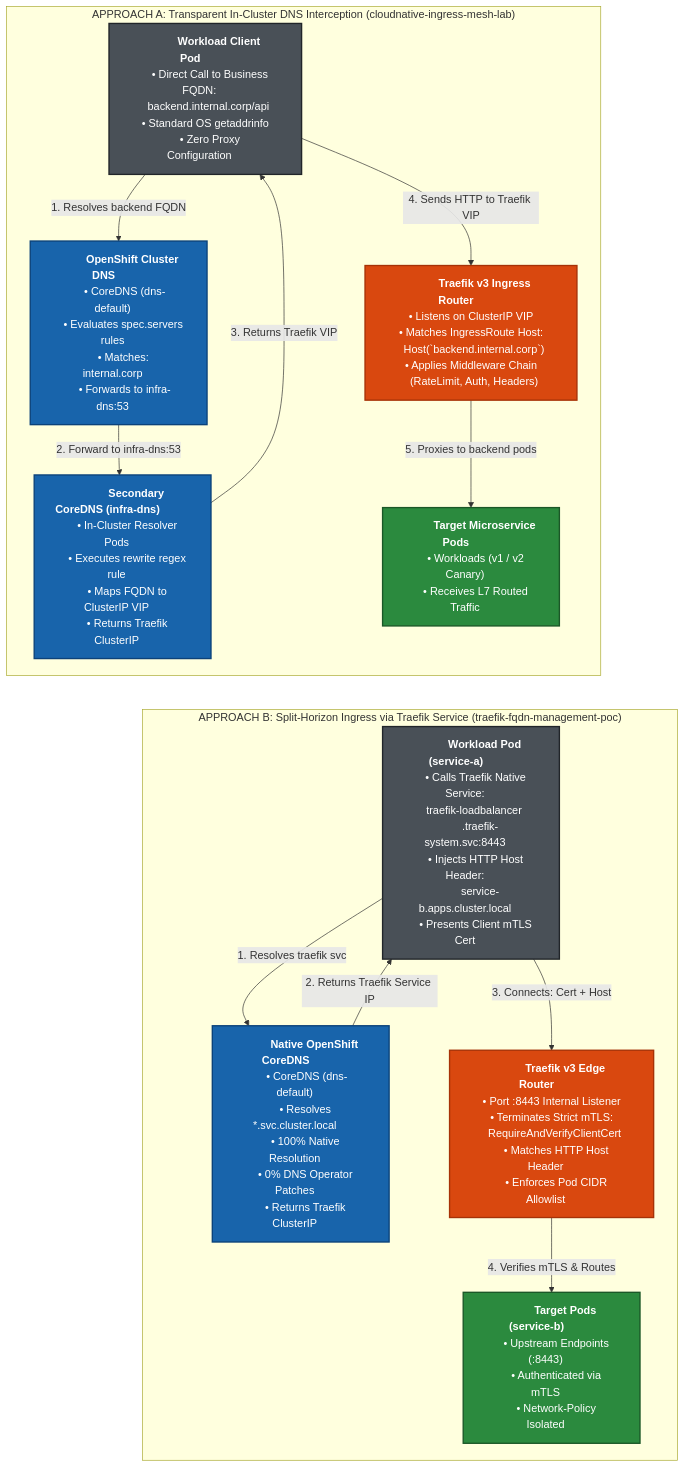
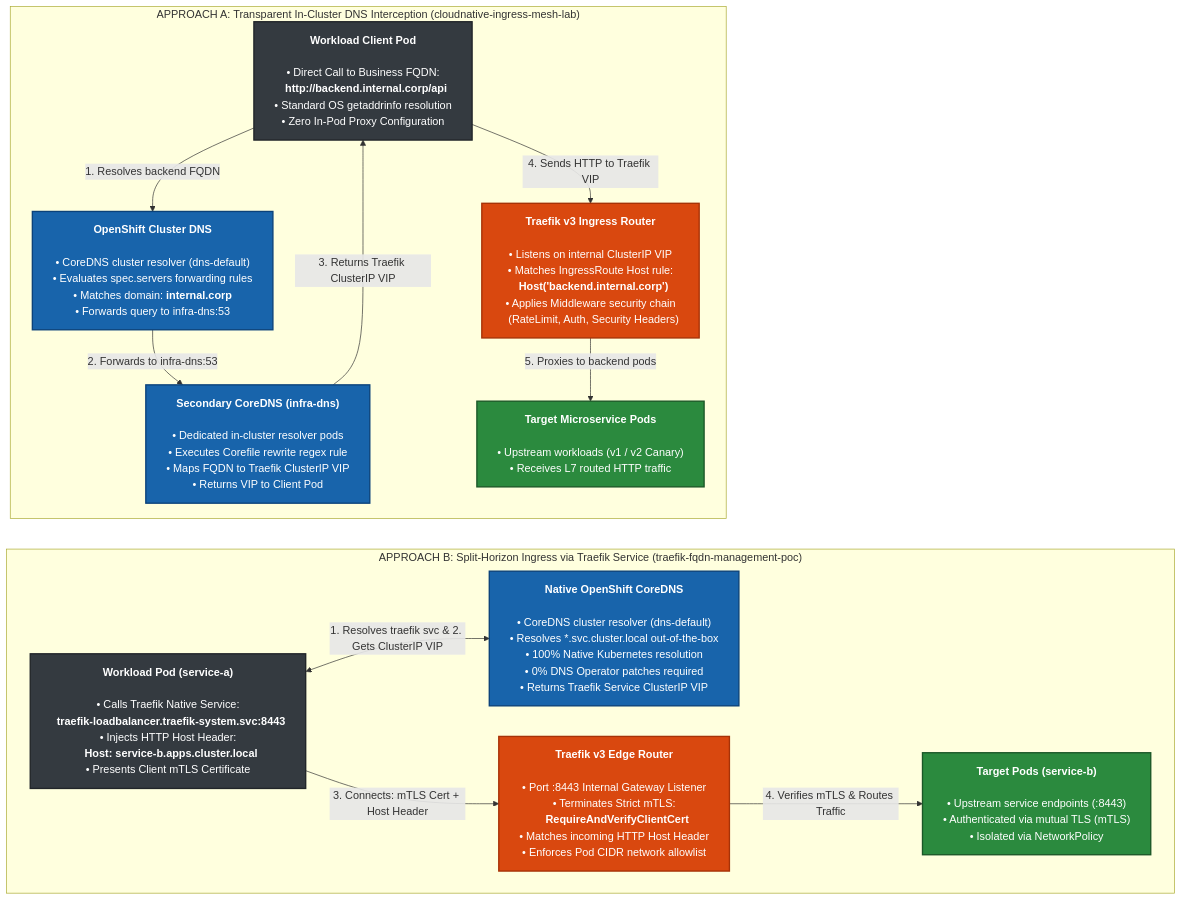
Before and after one commit to nubenetes/cloudnative-ingress-mesh-lab: the second of 10 diagrams in docs/FQDN_ROUTING.md, drawn with Mermaid. The commit also changed 1 other file, not shown here.

Commit message:
docs: resolve text cut and edge label collisions in Diagram 2.2 / Diagram 7

````diff
--- a/docs/FQDN_ROUTING.md
+++ b/docs/FQDN_ROUTING.md
@@ -271,47 +271,47 @@
 ```mermaid
+%%{init: {"flowchart": {"wrappingWidth": 460, "nodeSpacing": 45, "rankSpacing": 45}}}%%
 flowchart TD
-    subgraph ApproachA ["&nbsp;&nbsp;&nbsp;&nbsp;&nbsp;&nbsp;&nbsp;&nbsp;&nbsp;&nbsp;&nbsp;&nbsp;APPROACH A: Transparent In-Cluster DNS Interception (cloudnative-ingress-mesh-lab)&nbsp;&nbsp;&nbsp;&nbsp;&nbsp;&nbsp;&nbsp;&nbsp;&nbsp;&nbsp;&nbsp;&nbsp;"]
-        PodA["&nbsp;&nbsp;&nbsp;&nbsp;&nbsp;&nbsp;&nbsp;&nbsp;&nbsp;&nbsp;<b>Workload Client Pod</b>&nbsp;&nbsp;&nbsp;&nbsp;&nbsp;&nbsp;&nbsp;&nbsp;&nbsp;&nbsp;<br/>&nbsp;&nbsp;&nbsp;&nbsp;• Direct Call to Business FQDN:&nbsp;&nbsp;&nbsp;&nbsp;<br/>&nbsp;&nbsp;&nbsp;&nbsp;&nbsp;&nbsp;backend.internal.corp/api&nbsp;&nbsp;&nbsp;&nbsp;<br/>&nbsp;&nbsp;&nbsp;&nbsp;• Standard OS getaddrinfo&nbsp;&nbsp;&nbsp;&nbsp;<br/>&nbsp;&nbsp;&nbsp;&nbsp;• Zero Proxy Configuration&nbsp;&nbsp;&nbsp;&nbsp;"]
+    subgraph ApproachA ["APPROACH A: Transparent In-Cluster DNS Interception (cloudnative-ingress-mesh-lab)"]
+        PodA["<b>Workload Client Pod</b><br/><br/>• Direct Call to Business FQDN:<br/>&nbsp;&nbsp;<b>http://backend.internal.corp/api</b><br/>• Standard OS getaddrinfo resolution<br/>• Zero In-Pod Proxy Configuration"]
         
-        OCPDNS["&nbsp;&nbsp;&nbsp;&nbsp;&nbsp;&nbsp;&nbsp;&nbsp;&nbsp;&nbsp;<b>OpenShift Cluster DNS</b>&nbsp;&nbsp;&nbsp;&nbsp;&nbsp;&nbsp;&nbsp;&nbsp;&nbsp;&nbsp;<br/>&nbsp;&nbsp;&nbsp;&nbsp;• CoreDNS (dns-default)&nbsp;&nbsp;&nbsp;&nbsp;<br/>&nbsp;&nbsp;&nbsp;&nbsp;• Evaluates spec.servers rules&nbsp;&nbsp;&nbsp;&nbsp;<br/>&nbsp;&nbsp;&nbsp;&nbsp;• Matches: internal.corp&nbsp;&nbsp;&nbsp;&nbsp;<br/>&nbsp;&nbsp;&nbsp;&nbsp;• Forwards to infra-dns:53&nbsp;&nbsp;&nbsp;&nbsp;"]
+        OCPDNS["<b>OpenShift Cluster DNS</b><br/><br/>• CoreDNS cluster resolver (dns-default)<br/>• Evaluates spec.servers forwarding rules<br/>• Matches domain: <b>internal.corp</b><br/>• Forwards query to infra-dns:53"]
         
-        InfraDNS["&nbsp;&nbsp;&nbsp;&nbsp;&nbsp;&nbsp;&nbsp;&nbsp;&nbsp;&nbsp;<b>Secondary CoreDNS (infra-dns)</b>&nbsp;&nbsp;&nbsp;&nbsp;&nbsp;&nbsp;&nbsp;&nbsp;&nbsp;&nbsp;<br/>&nbsp;&nbsp;&nbsp;&nbsp;• In-Cluster Resolver Pods&nbsp;&nbsp;&nbsp;&nbsp;<br/>&nbsp;&nbsp;&nbsp;&nbsp;• Executes rewrite regex rule&nbsp;&nbsp;&nbsp;&nbsp;<br/>&nbsp;&nbsp;&nbsp;&nbsp;• Maps FQDN to ClusterIP VIP&nbsp;&nbsp;&nbsp;&nbsp;<br/>&nbsp;&nbsp;&nbsp;&nbsp;• Returns Traefik ClusterIP&nbsp;&nbsp;&nbsp;&nbsp;"]
+        InfraDNS["<b>Secondary CoreDNS (infra-dns)</b><br/><br/>• Dedicated in-cluster resolver pods<br/>• Executes Corefile rewrite regex rule<br/>• Maps FQDN to Traefik ClusterIP VIP<br/>• Returns VIP to Client Pod"]
         
-        TraefikA["&nbsp;&nbsp;&nbsp;&nbsp;&nbsp;&nbsp;&nbsp;&nbsp;&nbsp;&nbsp;<b>Traefik v3 Ingress Router</b>&nbsp;&nbsp;&nbsp;&nbsp;&nbsp;&nbsp;&nbsp;&nbsp;&nbsp;&nbsp;<br/>&nbsp;&nbsp;&nbsp;&nbsp;• Listens on ClusterIP VIP&nbsp;&nbsp;&nbsp;&nbsp;<br/>&nbsp;&nbsp;&nbsp;&nbsp;• Matches IngressRoute Host:&nbsp;&nbsp;&nbsp;&nbsp;<br/>&nbsp;&nbsp;&nbsp;&nbsp;&nbsp;&nbsp;Host(`backend.internal.corp`)&nbsp;&nbsp;&nbsp;&nbsp;<br/>&nbsp;&nbsp;&nbsp;&nbsp;• Applies Middleware Chain&nbsp;&nbsp;&nbsp;&nbsp;<br/>&nbsp;&nbsp;&nbsp;&nbsp;&nbsp;&nbsp;(RateLimit, Auth, Headers)&nbsp;&nbsp;&nbsp;&nbsp;"]
+        TraefikA["<b>Traefik v3 Ingress Router</b><br/><br/>• Listens on internal ClusterIP VIP<br/>• Matches IngressRoute Host rule:<br/>&nbsp;&nbsp;<b>Host('backend.internal.corp')</b><br/>• Applies Middleware security chain<br/>&nbsp;&nbsp;(RateLimit, Auth, Security Headers)"]
         
-        DestA["&nbsp;&nbsp;&nbsp;&nbsp;&nbsp;&nbsp;&nbsp;&nbsp;&nbsp;&nbsp;<b>Target Microservice Pods</b>&nbsp;&nbsp;&nbsp;&nbsp;&nbsp;&nbsp;&nbsp;&nbsp;&nbsp;&nbsp;<br/>&nbsp;&nbsp;&nbsp;&nbsp;• Workloads (v1 / v2 Canary)&nbsp;&nbsp;&nbsp;&nbsp;<br/>&nbsp;&nbsp;&nbsp;&nbsp;• Receives L7 Routed Traffic&nbsp;&nbsp;&nbsp;&nbsp;"]
+        DestA["<b>Target Microservice Pods</b><br/><br/>• Upstream workloads (v1 / v2 Canary)<br/>• Receives L7 routed HTTP traffic"]
 
         PodA -->|"1. Resolves backend FQDN"| OCPDNS
-        OCPDNS -->|"2. Forward to infra-dns:53"| InfraDNS
-        InfraDNS -->|"3. Returns Traefik VIP"| PodA
+        OCPDNS -->|"2. Forwards to infra-dns:53"| InfraDNS
+        InfraDNS -->|"3. Returns Traefik ClusterIP VIP"| PodA
         PodA -->|"4. Sends HTTP to Traefik VIP"| TraefikA
         TraefikA -->|"5. Proxies to backend pods"| DestA
     end
 
-    DestA ~~~ PodB
+    DestA ~~~ ApproachB
 
-    subgraph ApproachB ["&nbsp;&nbsp;&nbsp;&nbsp;&nbsp;&nbsp;&nbsp;&nbsp;&nbsp;&nbsp;&nbsp;&nbsp;APPROACH B: Split-Horizon Ingress via Traefik Service (traefik-fqdn-management-poc)&nbsp;&nbsp;&nbsp;&nbsp;&nbsp;&nbsp;&nbsp;&nbsp;&nbsp;&nbsp;&nbsp;&nbsp;"]
-        PodB["&nbsp;&nbsp;&nbsp;&nbsp;&nbsp;&nbsp;&nbsp;&nbsp;&nbsp;&nbsp;<b>Workload Pod (service-a)</b>&nbsp;&nbsp;&nbsp;&nbsp;&nbsp;&nbsp;&nbsp;&nbsp;&nbsp;&nbsp;<br/>&nbsp;&nbsp;&nbsp;&nbsp;• Calls Traefik Native Service:&nbsp;&nbsp;&nbsp;&nbsp;<br/>&nbsp;&nbsp;&nbsp;&nbsp;&nbsp;&nbsp;traefik-loadbalancer&nbsp;&nbsp;&nbsp;&nbsp;<br/>&nbsp;&nbsp;&nbsp;&nbsp;&nbsp;&nbsp;.traefik-system.svc:8443&nbsp;&nbsp;&nbsp;&nbsp;<br/>&nbsp;&nbsp;&nbsp;&nbsp;• Injects HTTP Host Header:&nbsp;&nbsp;&nbsp;&nbsp;<br/>&nbsp;&nbsp;&nbsp;&nbsp;&nbsp;&nbsp;service-b.apps.cluster.local&nbsp;&nbsp;&nbsp;&nbsp;<br/>&nbsp;&nbsp;&nbsp;&nbsp;• Presents Client mTLS Cert&nbsp;&nbsp;&nbsp;&nbsp;"]
+    subgraph ApproachB ["APPROACH B: Split-Horizon Ingress via Traefik Service (traefik-fqdn-management-poc)"]
+        PodB["<b>Workload Pod (service-a)</b><br/><br/>• Calls Traefik Native Service:<br/>&nbsp;&nbsp;<b>traefik-loadbalancer.traefik-system.svc:8443</b><br/>• Injects HTTP Host Header:<br/>&nbsp;&nbsp;<b>Host: service-b.apps.cluster.local</b><br/>• Presents Client mTLS Certificate"]
         
-        NativeDNS["&nbsp;&nbsp;&nbsp;&nbsp;&nbsp;&nbsp;&nbsp;&nbsp;&nbsp;&nbsp;<b>Native OpenShift CoreDNS</b>&nbsp;&nbsp;&nbsp;&nbsp;&nbsp;&nbsp;&nbsp;&nbsp;&nbsp;&nbsp;<br/>&nbsp;&nbsp;&nbsp;&nbsp;• CoreDNS (dns-default)&nbsp;&nbsp;&nbsp;&nbsp;<br/>&nbsp;&nbsp;&nbsp;&nbsp;• Resolves *.svc.cluster.local&nbsp;&nbsp;&nbsp;&nbsp;<br/>&nbsp;&nbsp;&nbsp;&nbsp;• 100% Native Resolution&nbsp;&nbsp;&nbsp;&nbsp;<br/>&nbsp;&nbsp;&nbsp;&nbsp;• 0% DNS Operator Patches&nbsp;&nbsp;&nbsp;&nbsp;<br/>&nbsp;&nbsp;&nbsp;&nbsp;• Returns Traefik ClusterIP&nbsp;&nbsp;&nbsp;&nbsp;"]
+        NativeDNS["<b>Native OpenShift CoreDNS</b><br/><br/>• CoreDNS cluster resolver (dns-default)<br/>• Resolves *.svc.cluster.local out-of-the-box<br/>• 100% Native Kubernetes resolution<br/>• 0% DNS Operator patches required<br/>• Returns Traefik Service ClusterIP VIP"]
         
-        TraefikB["&nbsp;&nbsp;&nbsp;&nbsp;&nbsp;&nbsp;&nbsp;&nbsp;&nbsp;&nbsp;<b>Traefik v3 Edge Router</b>&nbsp;&nbsp;&nbsp;&nbsp;&nbsp;&nbsp;&nbsp;&nbsp;&nbsp;&nbsp;<br/>&nbsp;&nbsp;&nbsp;&nbsp;• Port :8443 Internal Listener&nbsp;&nbsp;&nbsp;&nbsp;<br/>&nbsp;&nbsp;&nbsp;&nbsp;• Terminates Strict mTLS:&nbsp;&nbsp;&nbsp;&nbsp;<br/>&nbsp;&nbsp;&nbsp;&nbsp;&nbsp;&nbsp;RequireAndVerifyClientCert&nbsp;&nbsp;&nbsp;&nbsp;<br/>&nbsp;&nbsp;&nbsp;&nbsp;• Matches HTTP Host Header&nbsp;&nbsp;&nbsp;&nbsp;<br/>&nbsp;&nbsp;&nbsp;&nbsp;• Enforces Pod CIDR Allowlist&nbsp;&nbsp;&nbsp;&nbsp;"]
+        TraefikB["<b>Traefik v3 Edge Router</b><br/><br/>• Port :8443 Internal Gateway Listener<br/>• Terminates Strict mTLS:<br/>&nbsp;&nbsp;<b>RequireAndVerifyClientCert</b><br/>• Matches incoming HTTP Host Header<br/>• Enforces Pod CIDR network allowlist"]
         
-        DestB["&nbsp;&nbsp;&nbsp;&nbsp;&nbsp;&nbsp;&nbsp;&nbsp;&nbsp;&nbsp;<b>Target Pods (service-b)</b>&nbsp;&nbsp;&nbsp;&nbsp;&nbsp;&nbsp;&nbsp;&nbsp;&nbsp;&nbsp;<br/>&nbsp;&nbsp;&nbsp;&nbsp;• Upstream Endpoints (:8443)&nbsp;&nbsp;&nbsp;&nbsp;<br/>&nbsp;&nbsp;&nbsp;&nbsp;• Authenticated via mTLS&nbsp;&nbsp;&nbsp;&nbsp;<br/>&nbsp;&nbsp;&nbsp;&nbsp;• Network-Policy Isolated&nbsp;&nbsp;&nbsp;&nbsp;"]
+        DestB["<b>Target Pods (service-b)</b><br/><br/>• Upstream service endpoints (:8443)<br/>• Authenticated via mutual TLS (mTLS)<br/>• Isolated via NetworkPolicy"]
 
-        PodB -->|"1. Resolves traefik svc"| NativeDNS
-        NativeDNS -->|"2. Returns Traefik Service IP"| PodB
-        PodB -->|"3. Connects: Cert + Host"| TraefikB
-        TraefikB -->|"4. Verifies mTLS & Routes"| DestB
+        PodB <-->|"1. Resolves traefik svc & 2. Gets ClusterIP VIP"| NativeDNS
+        PodB -->|"3. Connects: mTLS Cert + Host Header"| TraefikB
+        TraefikB -->|"4. Verifies mTLS & Routes Traffic"| DestB
     end
 
-    classDef app fill:#495057,stroke:#212529,stroke-width:2px,color:#fff;
-    classDef dns fill:#1864ab,stroke:#0b427a,stroke-width:2px,color:#fff;
-    classDef router fill:#d9480f,stroke:#a63207,stroke-width:2px,color:#fff;
-    classDef target fill:#2b8a3e,stroke:#1b5727,stroke-width:2px,color:#fff;
+    classDef app fill:#343a40,stroke:#212529,stroke-width:2px,color:#fff,min-width:380px;
+    classDef dns fill:#1864ab,stroke:#0b427a,stroke-width:2px,color:#fff,min-width:380px;
+    classDef router fill:#d9480f,stroke:#a63207,stroke-width:2px,color:#fff,min-width:380px;
+    classDef target fill:#2b8a3e,stroke:#1b5727,stroke-width:2px,color:#fff,min-width:380px;
 
     class PodA,PodB app;
     class OCPDNS,InfraDNS,NativeDNS dns;
     class TraefikA,TraefikB router;
     class DestA,DestB target;
 ```
````
